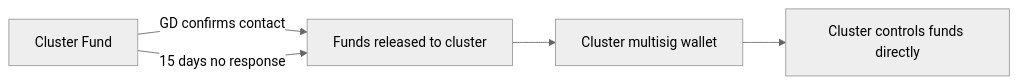
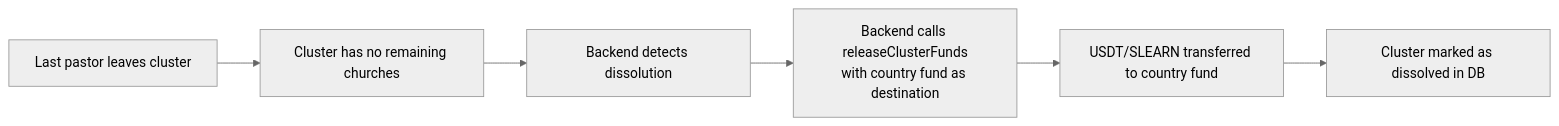
Before and after one commit to pasosdeJesus/learn.tg: the third of 3 diagrams in REQ/155.md, drawn with Mermaid (neutral theme). The commit also changed other lines of this file and 17 other files, not shown here.

````diff
--- a/REQ/155.md
+++ b/REQ/155.md
@@ -129,7 +131,8 @@
 ```mermaid
 flowchart LR
-    A[Cluster Fund] -->|GD confirms contact| B[Funds released to cluster]
-    A -->|15 days no response| B
-    B --> C[Cluster multisig wallet]
-    C --> D[Cluster controls funds directly]
+    A[Last pastor leaves cluster] --> B[Cluster has no remaining churches]
+    B --> C[Backend detects dissolution]
+    C --> D[Backend calls releaseClusterFunds<br/>with country fund as destination]
+    D --> E[USDT/SLEARN transferred to country fund]
+    E --> F[Cluster marked as dissolved in DB]
 ```
````
